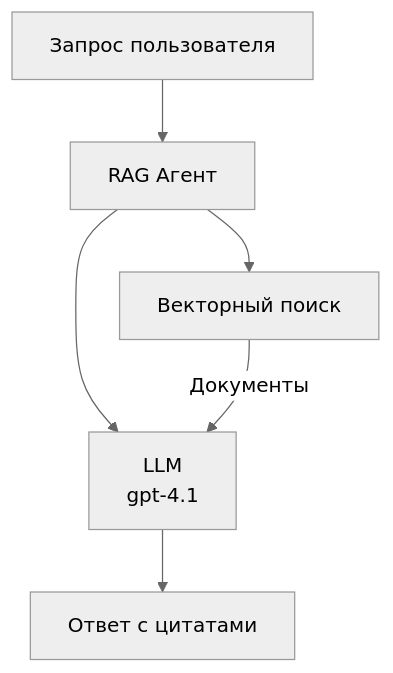
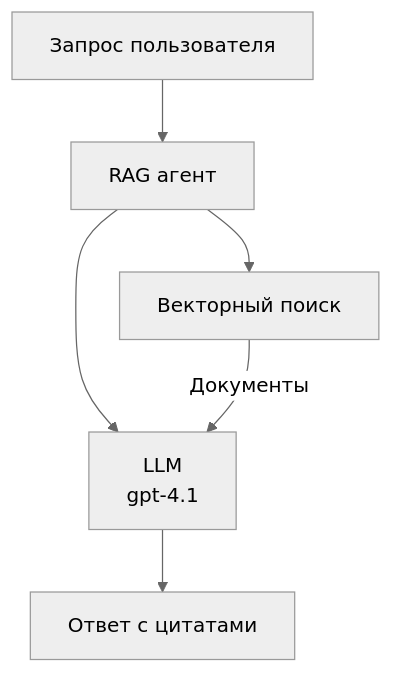
The second of 3 diagrams in translations/ru/docs/chapter-02-ai-development/agents.md (microsoft/AZD-for-beginners), drawn with Mermaid (neutral theme) before and after one commit. The commit also changed other lines of this file and 104 other files, not shown here.

````diff
--- a/translations/ru/docs/chapter-02-ai-development/agents.md
+++ b/translations/ru/docs/chapter-02-ai-development/agents.md
@@ -175,8 +181,8 @@
 ```mermaid
 graph TD
-    Query[Запрос пользователя] --> RAG[RAG Агент]
+    Query[Запрос пользователя] --> RAG[RAG агент]
     RAG --> Vector[Векторный поиск]
     RAG --> LLM[LLM<br/>gpt-4.1]
     Vector -- Документы --> LLM
     LLM --> Response[Ответ с цитатами]
 ```
````
